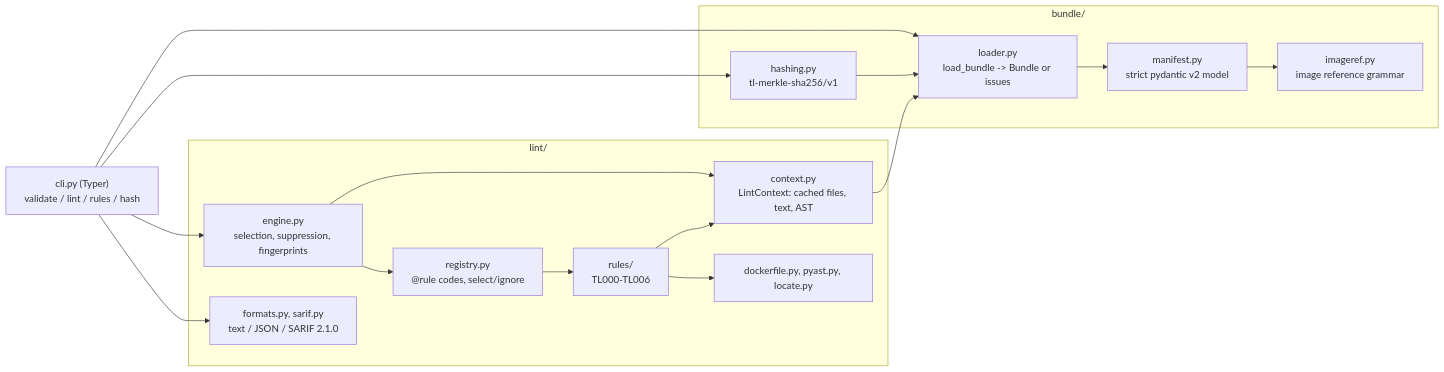
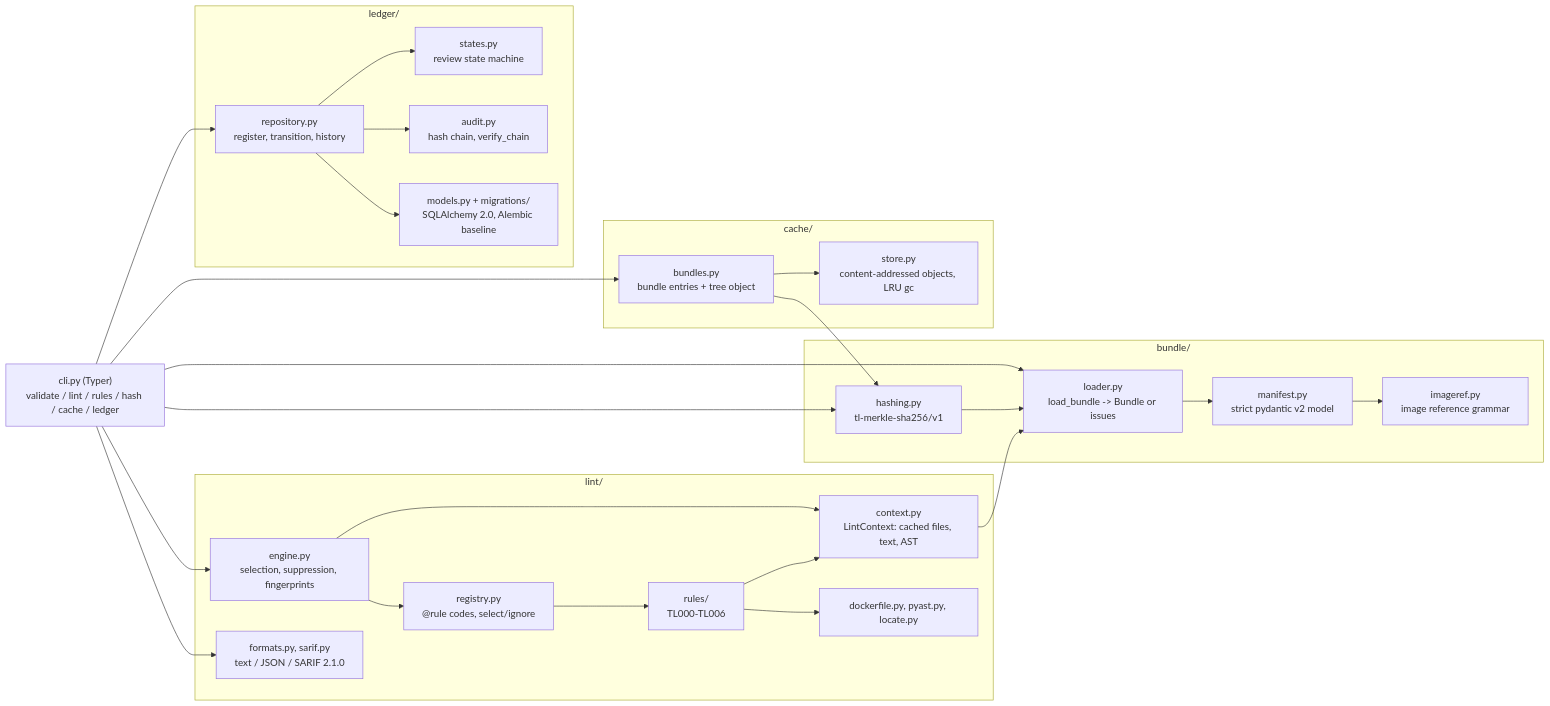
The diagram in README.md (vipul21435/taskledger), drawn with Mermaid before and after one commit. The commit also changed other lines of this file and 4 other files, not shown here.

First line of the commit message:
docs: document the dedupe cache and ledger, extend the demo and close slice 3

````diff
--- a/README.md
+++ b/README.md
@@ -256,31 +362,49 @@
 ```mermaid
 flowchart LR
-    CLI["cli.py (Typer)<br/>validate / lint / rules / hash"]
+    CLI["cli.py (Typer)<br/>validate / lint / rules / hash / cache / ledger"]
 
     subgraph bundle["bundle/"]
         Loader["loader.py<br/>load_bundle -> Bundle or issues"]
         Manifest["manifest.py<br/>strict pydantic v2 model"]
         ImageRef["imageref.py<br/>image reference grammar"]
         Hasher["hashing.py<br/>tl-merkle-sha256/v1"]
     end
 
     subgraph lint["lint/"]
         Engine["engine.py<br/>selection, suppression, fingerprints"]
         Registry["registry.py<br/>@rule codes, select/ignore"]
         Context["context.py<br/>LintContext: cached files, text, AST"]
         Rules["rules/<br/>TL000-TL006"]
         Helpers["dockerfile.py, pyast.py, locate.py"]
         Formats["formats.py, sarif.py<br/>text / JSON / SARIF 2.1.0"]
     end
 
+    subgraph cache["cache/"]
+        Store["store.py<br/>content-addressed objects, LRU gc"]
+        BundleCache["bundles.py<br/>bundle entries + tree object"]
+    end
+
+    subgraph ledger["ledger/"]
+        Repo["repository.py<br/>register, transition, history"]
+        States["states.py<br/>review state machine"]
+        Audit["audit.py<br/>hash chain, verify_chain"]
+        Models["models.py + migrations/<br/>SQLAlchemy 2.0, Alembic baseline"]
+    end
+
     CLI --> Loader
+    CLI --> BundleCache --> Store
+    BundleCache --> Hasher
+    CLI --> Repo
+    Repo --> States
+    Repo --> Audit
+    Repo --> Models
     CLI --> Hasher
     CLI --> Engine
     CLI --> Formats
     Loader --> Manifest --> ImageRef
     Hasher --> Loader
     Engine --> Registry --> Rules
     Engine --> Context --> Loader
     Rules --> Context
     Rules --> Helpers
 ```
````
